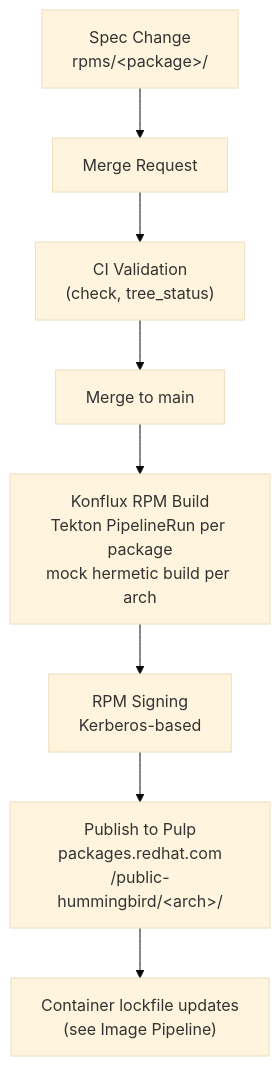
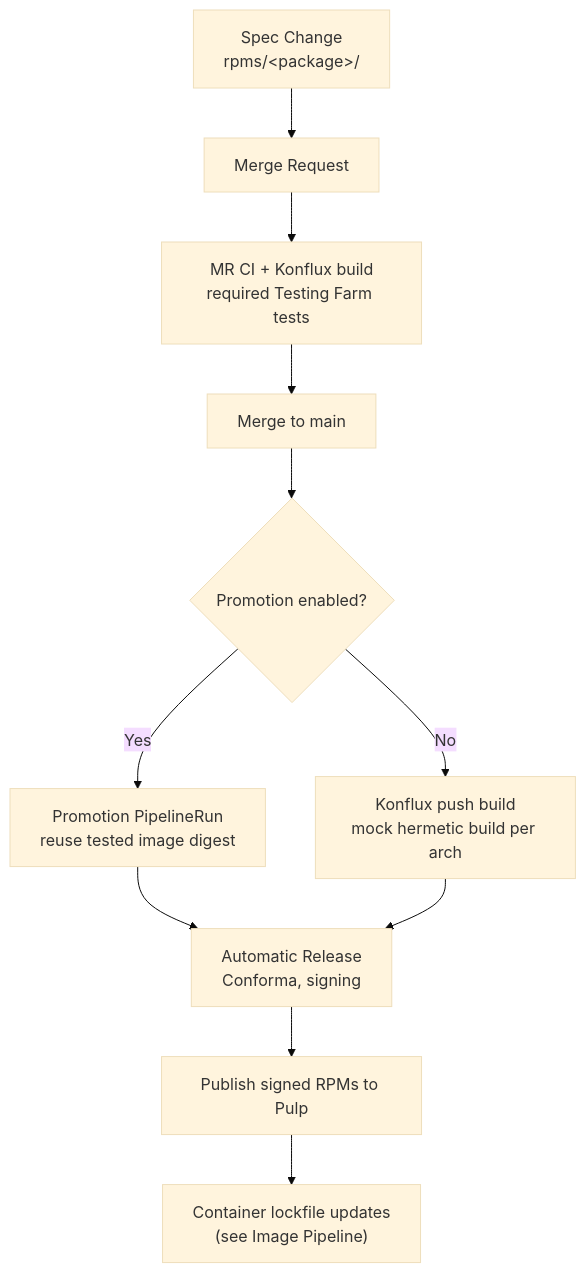
The diagram in documentation/background/rpm-pipeline.md (hanthor/hummingbird-rpms), drawn with Mermaid (base theme) before and after one commit. The commit also changed other lines of this file and 4 other files, not shown here.

Commit message:
docs(HUM-11774): document RPM MR artifact promotion operations

````diff
--- a/documentation/background/rpm-pipeline.md
+++ b/documentation/background/rpm-pipeline.md
@@ -27,10 +29,13 @@
 ```mermaid
 flowchart TD
     A["Spec Change<br/>rpms/&lt;package&gt;/"] --> B["Merge Request"]
-    B --> C["CI Validation<br/>(check, tree_status)"]
+    B --> C["MR CI + Konflux build<br/>required Testing Farm tests"]
     C --> D["Merge to main"]
-    D --> E["Konflux RPM Build<br/>Tekton PipelineRun per package<br/>mock hermetic build per arch"]
-    E --> F["RPM Signing<br/>Kerberos-based"]
-    F --> G["Publish to Pulp<br/>packages.redhat.com<br/>/public-hummingbird/&lt;arch&gt;/"]
-    G --> H["Container lockfile updates<br/>(see Image Pipeline)"]
+    D --> E{"Promotion enabled?"}
+    E -->|Yes| F["Promotion PipelineRun<br/>reuse tested image digest"]
+    E -->|No| G["Konflux push build<br/>mock hermetic build per arch"]
+    F --> H["Automatic Release<br/>Conforma, signing"]
+    G --> H
+    H --> I["Publish signed RPMs to Pulp"]
+    I --> J["Container lockfile updates<br/>(see Image Pipeline)"]
 ```
````
